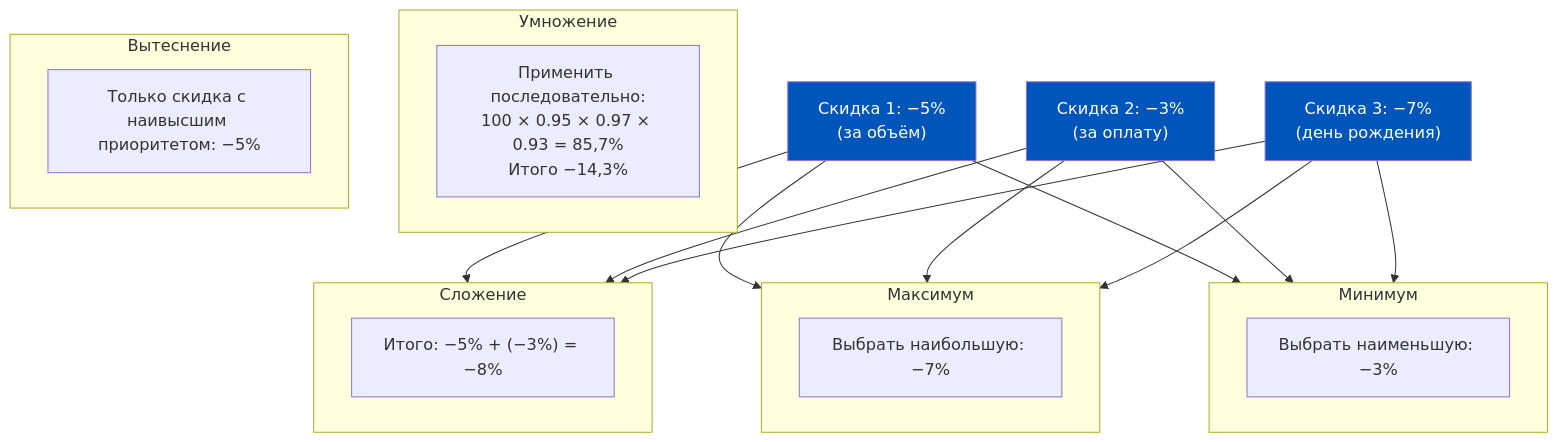
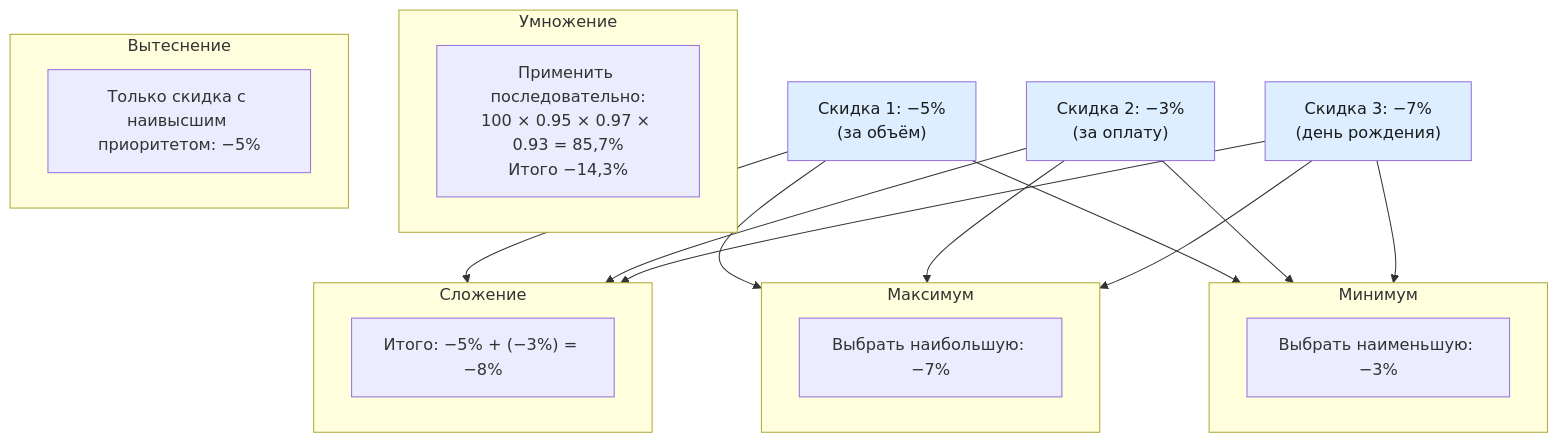
One commit to murad1986/1c-erp-quartz changed the fifth of 6 diagrams in content/1c-erp/week_2/Неделя 2 - День 4 - Ценообразование.md. Above: the diagram before and after it, drawn with Mermaid. The commit also changed other lines of this file and 57 other files, not shown here.

First line of the commit message:
fix: Mermaid — пастельные цвета в источниках диаграмм (56 файлов)

````diff
--- a/content/1c-erp/week_2/Неделя 2 - День 4 - Ценообразование.md
+++ b/content/1c-erp/week_2/Неделя 2 - День 4 - Ценообразование.md
@@ -347,36 +347,36 @@
 ```mermaid
 flowchart TD
     SC1["Скидка 1: −5%<br/>(за объём)"]
     SC2["Скидка 2: −3%<br/>(за оплату)"]
     SC3["Скидка 3: −7%<br/>(день рождения)"]
 
     subgraph R1["Сложение"]
         R1A["Итого: −5% + (−3%) = −8%"]
     end
     subgraph R2["Максимум"]
         R2A["Выбрать наибольшую: −7%"]
     end
     subgraph R3["Минимум"]
         R3A["Выбрать наименьшую: −3%"]
     end
     subgraph R4["Умножение"]
         R4A["Применить последовательно:<br/>100 × 0.95 × 0.97 × 0.93 = 85,7%<br/>Итого −14,3%"]
     end
     subgraph R5["Вытеснение"]
         R5A["Только скидка с наивысшим приоритетом: −5%"]
     end
 
     SC1 --> R1
     SC2 --> R1
     SC3 --> R1
     SC1 --> R2
     SC2 --> R2
     SC3 --> R2
     SC1 --> R3
     SC2 --> R3
     SC3 --> R3
 
-    style SC1 fill:#0055BB,color:#fff
-    style SC2 fill:#0055BB,color:#fff
-    style SC3 fill:#0055BB,color:#fff
+    style SC1 fill:#dceeff,color:#1a1a1a
+    style SC2 fill:#dceeff,color:#1a1a1a
+    style SC3 fill:#dceeff,color:#1a1a1a
 ```
````
